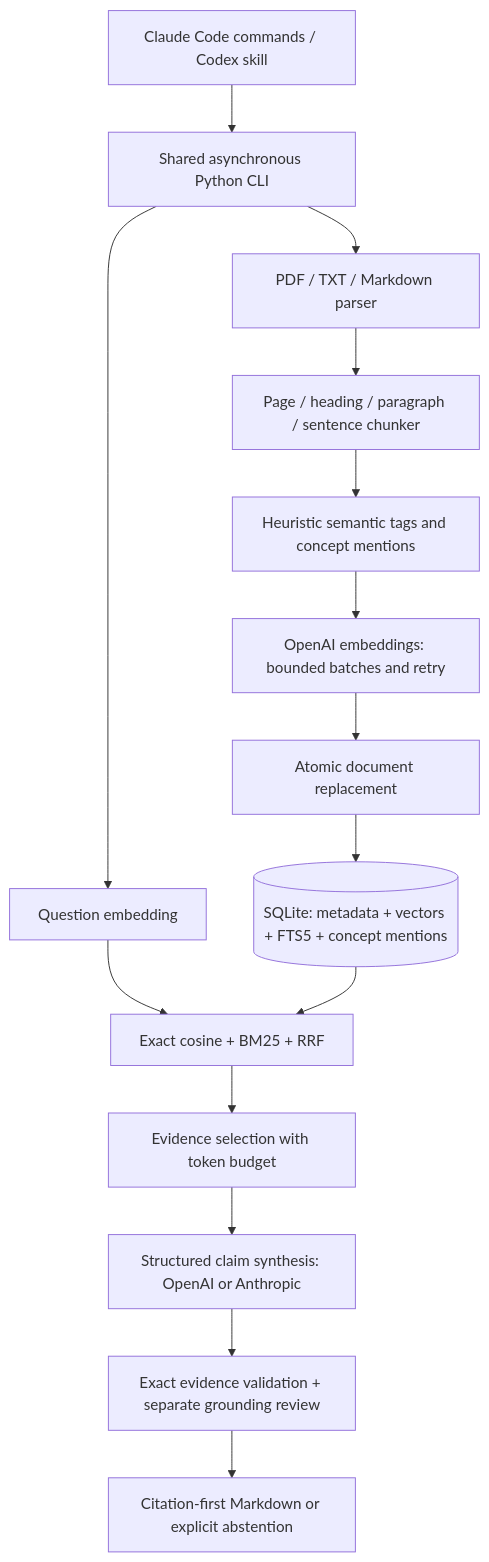
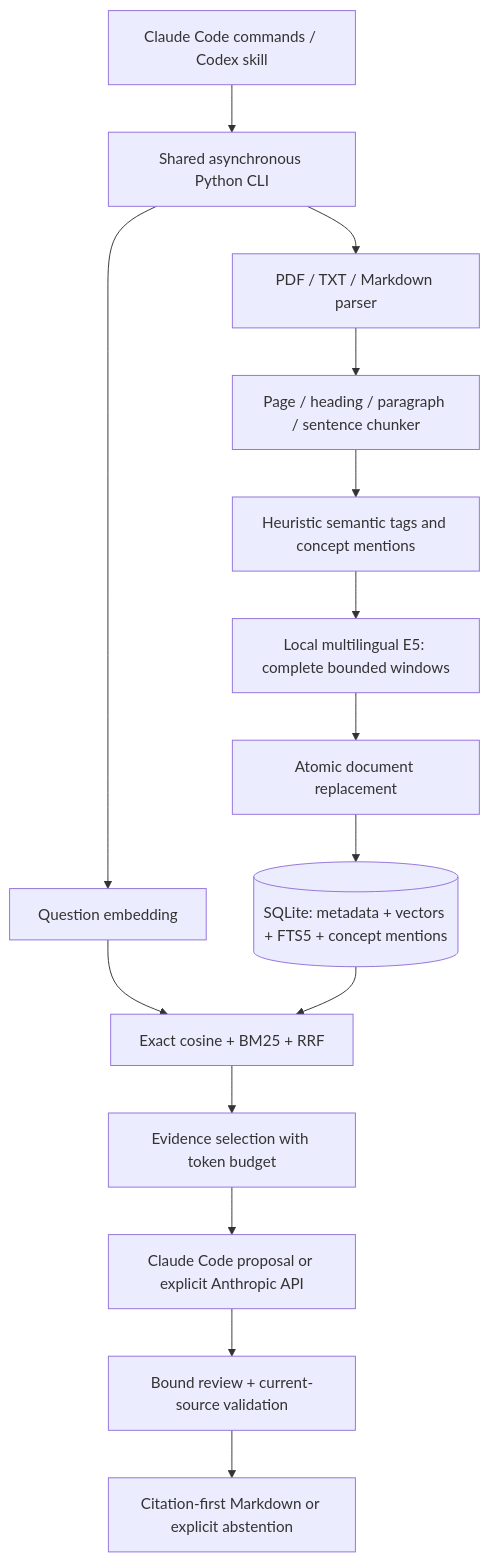
One commit to Seungwoo321/mimir-rag changed the diagram in docs/architecture.md. Above: the diagram before and after it, drawn with Mermaid. The commit also changed other lines of this file and 33 other files, not shown here.

Commit message:
feat: replace OpenAI inference with local embeddings and Claude

````diff
--- a/docs/architecture.md
+++ b/docs/architecture.md
@@ -9,17 +9,17 @@
 ```mermaid
 flowchart TD
     H[Claude Code commands / Codex skill] --> CLI[Shared asynchronous Python CLI]
     CLI --> I[PDF / TXT / Markdown parser]
     I --> C[Page / heading / paragraph / sentence chunker]
     C --> T[Heuristic semantic tags and concept mentions]
-    T --> E[OpenAI embeddings: bounded batches and retry]
+    T --> E[Local multilingual E5: complete bounded windows]
     E --> TX[Atomic document replacement]
     TX --> DB[(SQLite: metadata + vectors + FTS5 + concept mentions)]
     CLI --> Q[Question embedding]
     Q --> R[Exact cosine + BM25 + RRF]
     DB --> R
     R --> B[Evidence selection with token budget]
-    B --> G[Structured claim synthesis: OpenAI or Anthropic]
-    G --> V[Exact evidence validation + separate grounding review]
+    B --> G[Claude Code proposal or explicit Anthropic API]
+    G --> V[Bound review + current-source validation]
     V --> O[Citation-first Markdown or explicit abstention]
 ```
````
